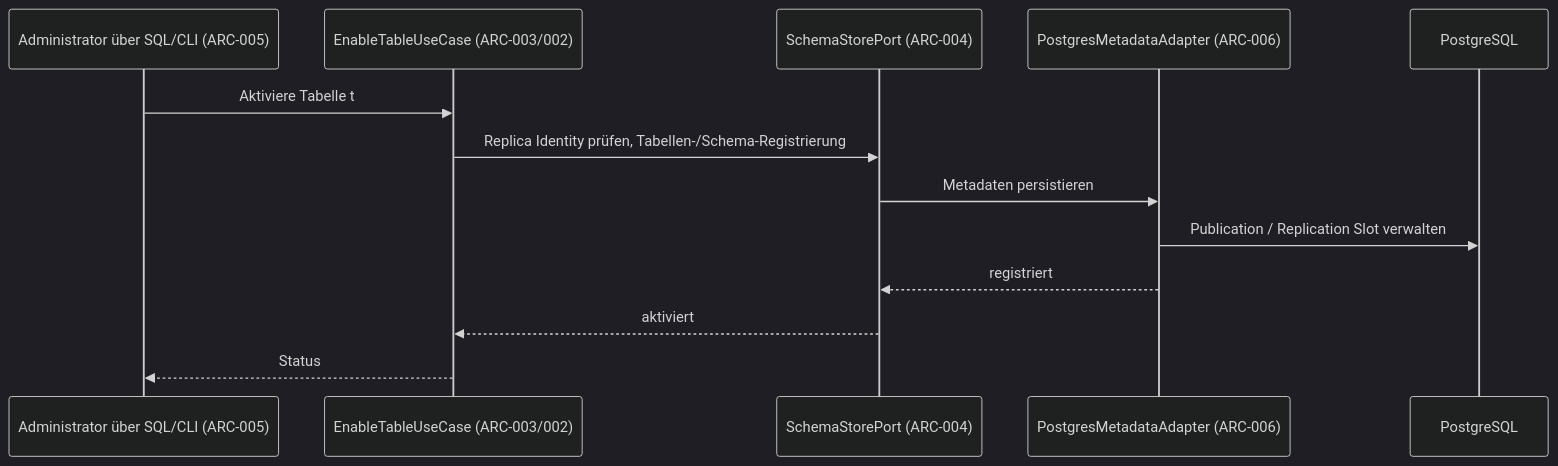
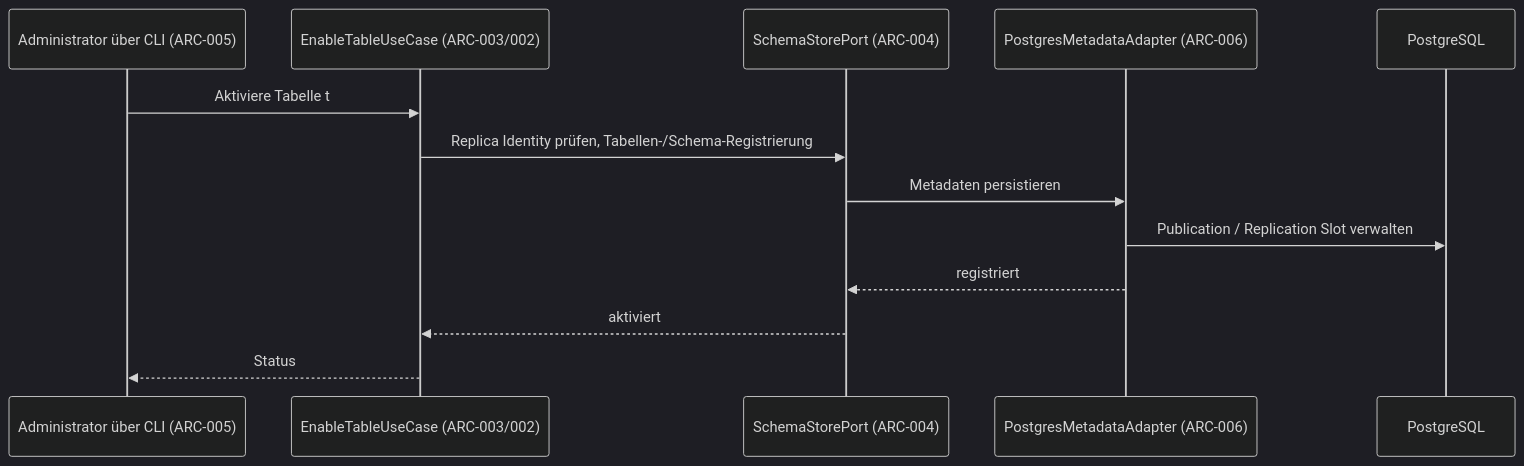
Before and after one commit to pt9912/pg-change-feed: the sixth of 7 diagrams in spec/architecture.md, drawn with Mermaid (dark theme). The commit also changed other lines of this file and 13 other files, not shown here.

````diff
--- a/spec/architecture.md
+++ b/spec/architecture.md
@@ -191,16 +194,16 @@
 ```mermaid
 sequenceDiagram
-    participant A as Administrator über SQL/CLI (ARC-005)
+    participant A as Administrator über CLI (ARC-005)
     participant EUC as EnableTableUseCase (ARC-003/002)
     participant SSP as SchemaStorePort (ARC-004)
     participant MA as PostgresMetadataAdapter (ARC-006)
     participant PG as PostgreSQL
 
     A->>EUC: Aktiviere Tabelle t
     EUC->>SSP: Replica Identity prüfen, Tabellen-/Schema-Registrierung
     SSP->>MA: Metadaten persistieren
     MA->>PG: Publication / Replication Slot verwalten
     MA-->>SSP: registriert
     SSP-->>EUC: aktiviert
     EUC-->>A: Status
 ```
````
